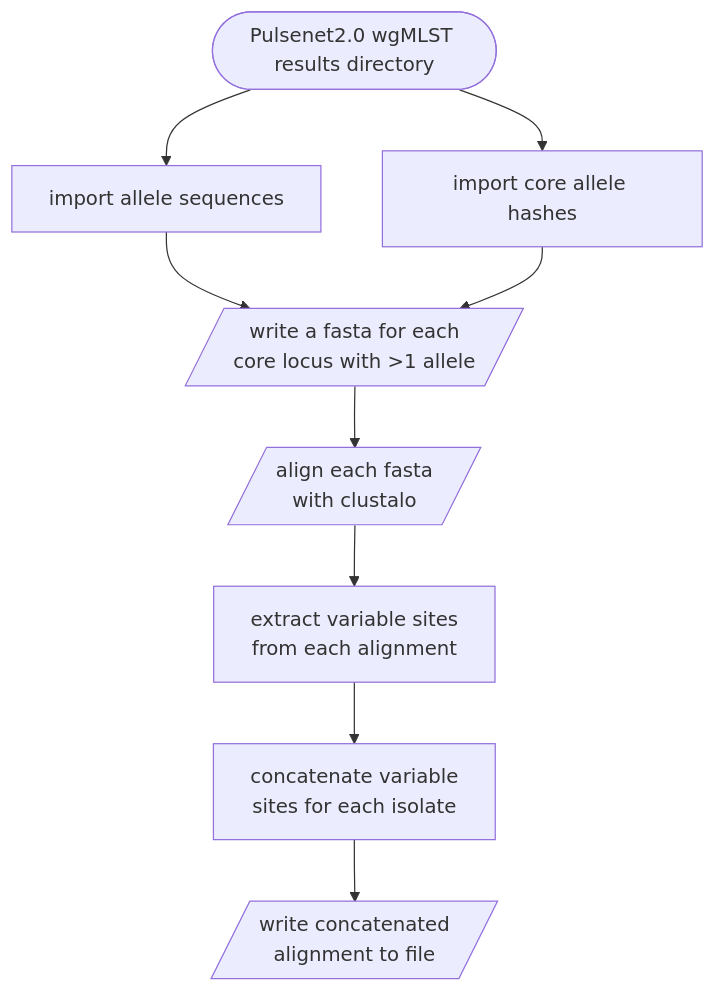
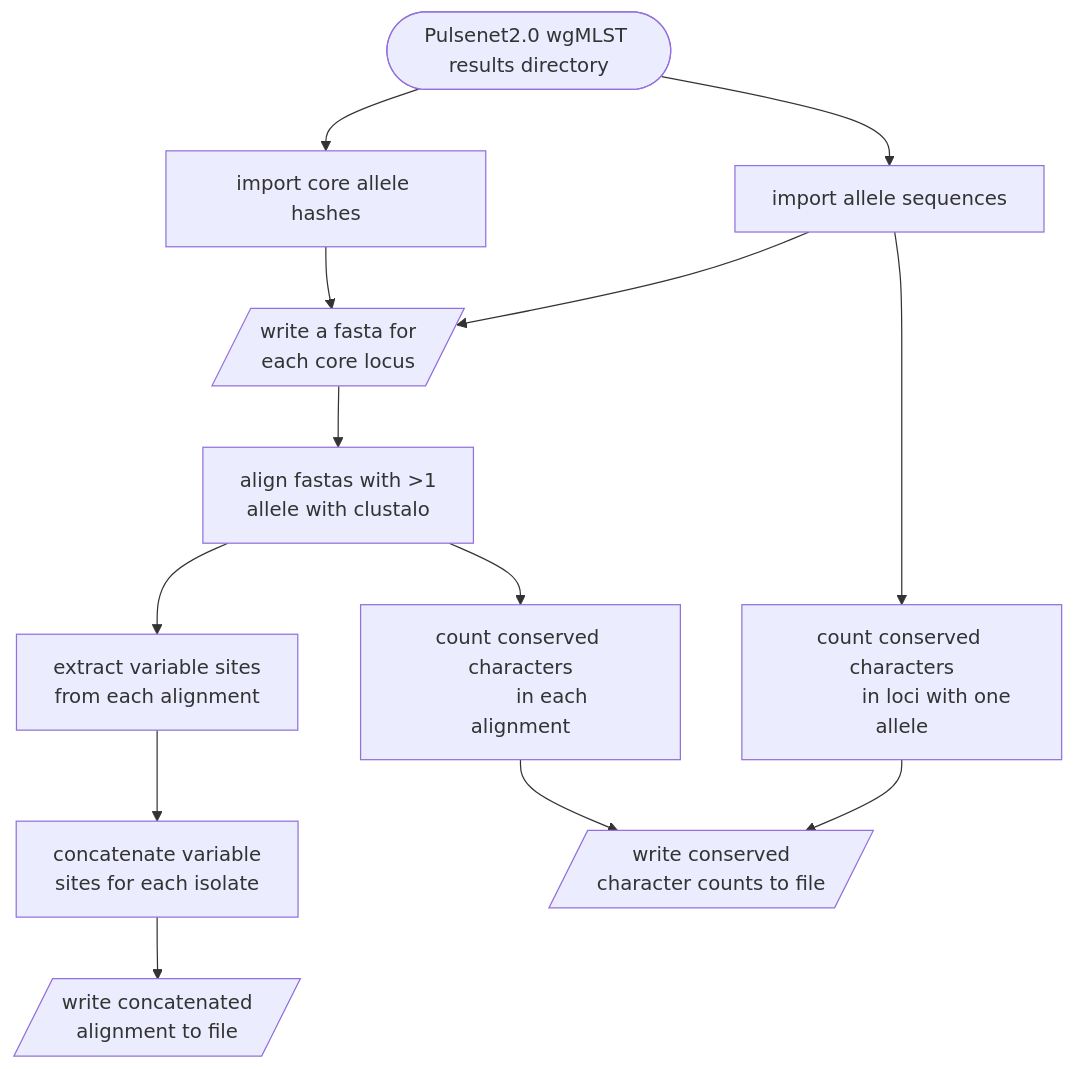
Before and after one commit to ncezid-biome/trapical: the diagram in README.md, drawn with Mermaid. The commit also changed other lines of this file, not shown here.

Commit message:
updated workflow and usage

````diff
--- a/README.md
+++ b/README.md
@@ -31,27 +32,37 @@
 ```mermaid
 flowchart TB
     %% variables
     input(["Pulsenet2.0 wgMLST results directory"])
     import1["import allele sequences"]
     import2["import core allele hashes"]
-    write1[/"write a fasta for each
-            core locus with >1 allele"/]
-    align[/"align each fasta
-           with clustalo"/]
+    count1["count conserved characters
+            in loci with one allele"]
+    write1[/"write a fasta for
+             each core locus"/]
+    align["align fastas with >1
+           allele with clustalo"]
     extract["extract variable sites
              from each alignment"]
     concat["concatenate variable
             sites for each isolate"]
+    count2["count conserved characters
+           in each alignment"]
     write2[/"write concatenated
              alignment to file"/]
+    write3[/"write conserved 
+            character counts to file"/]
     
     %% workflow
     input --> import1
     input --> import2
     import1 --> write1
     import2 --> write1
+    import1 --> count1
     write1 --> align
     align --> extract
+    align --> count2
     extract --> concat
     concat --> write2
+    count1 --> write3
+    count2 --> write3
 ```
````
